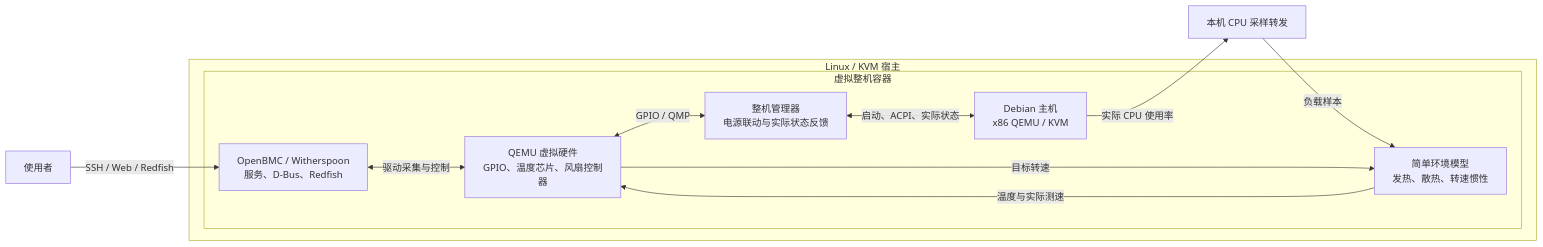
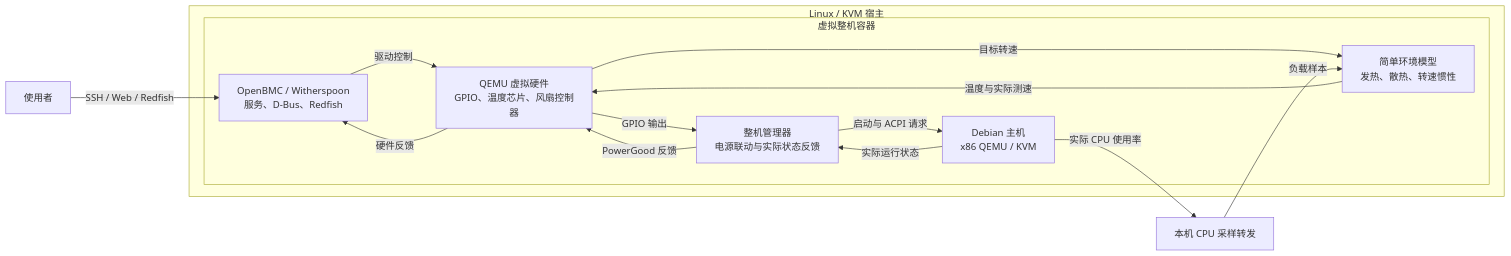
Before and after one commit to Moebius1453/moebius-openbmc-virtual-server: the diagram in README.md, drawn with Mermaid.

````diff
--- a/README.md
+++ b/README.md
@@ -27,22 +27,25 @@
 ```mermaid
 flowchart LR
-    user["使用者"]
+    operator["使用者"]
     sampler["本机 CPU 采样转发"]
-    subgraph server["Linux / KVM 宿主"]
-        subgraph lab["虚拟整机容器"]
-            bmc["OpenBMC / Witherspoon\n服务、D-Bus、Redfish"]
-            devices["QEMU 虚拟硬件\nGPIO、温度芯片、风扇控制器"]
-            manager["整机管理器\n电源联动与实际状态反馈"]
-            host["Debian 主机\nx86 QEMU / KVM"]
-            model["简单环境模型\n发热、散热、转速惯性"]
-            bmc <-->|"驱动采集与控制"| devices
-            devices <-->|"GPIO / QMP"| manager
-            manager <-->|"启动、ACPI、实际状态"| host
-            devices -->|"目标转速"| model
-            model -->|"温度与实际测速"| devices
+    subgraph server [Linux / KVM 宿主]
+        subgraph lab [虚拟整机容器]
+            bmc["OpenBMC / Witherspoon<br/>服务、D-Bus、Redfish"]
+            devices["QEMU 虚拟硬件<br/>GPIO、温度芯片、风扇控制器"]
+            manager["整机管理器<br/>电源联动与实际状态反馈"]
+            guest["Debian 主机<br/>x86 QEMU / KVM"]
+            model["简单环境模型<br/>发热、散热、转速惯性"]
+            bmc -->|驱动控制| devices
+            devices -->|硬件反馈| bmc
+            devices -->|GPIO 输出| manager
+            manager -->|PowerGood 反馈| devices
+            manager -->|启动与 ACPI 请求| guest
+            guest -->|实际运行状态| manager
+            devices -->|目标转速| model
+            model -->|温度与实际测速| devices
         end
     end
-    user -->|"SSH / Web / Redfish"| bmc
-    host -->|"实际 CPU 使用率"| sampler
-    sampler -->|"负载样本"| model
+    operator -->|SSH / Web / Redfish| bmc
+    guest -->|实际 CPU 使用率| sampler
+    sampler -->|负载样本| model
 ```
````
